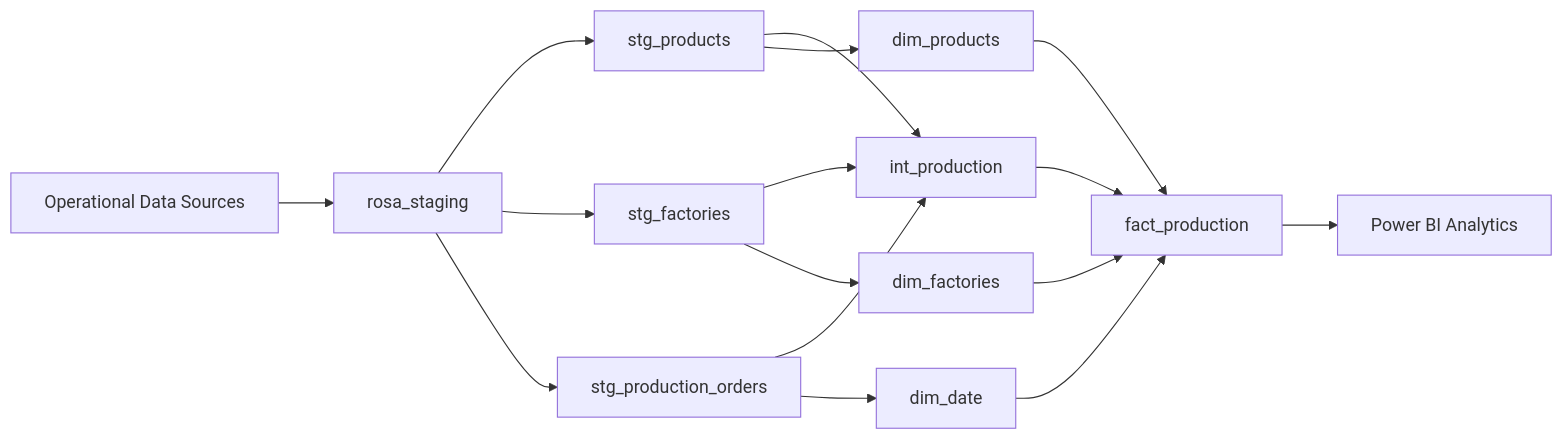
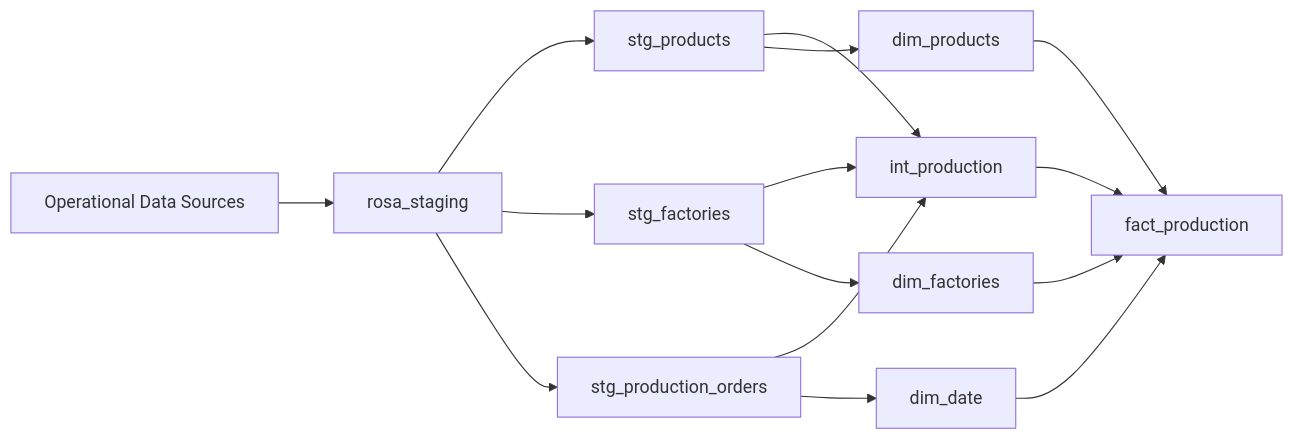
One commit to amelguennineche/rosa-beauty-industrial-data-platform changed the diagram in README.md. Above: the diagram before and after it, drawn with Mermaid. The commit also changed other lines of this file and 3 other files, not shown here.

````diff
--- a/README.md
+++ b/README.md
@@ -97,27 +96,26 @@
 ```mermaid
 flowchart LR
 
     A[Operational Data Sources]
 
     A --> B[rosa_staging]
 
     B --> C1[stg_products]
     B --> C2[stg_factories]
     B --> C3[stg_production_orders]
 
     C1 --> D[int_production]
     C2 --> D
     C3 --> D
 
     C1 --> F[dim_products]
     C2 --> G[dim_factories]
     C3 --> H[dim_date]
 
     D --> E[fact_production]
 
     F --> E
     G --> E
     H --> E
 
-    E --> I[Power BI Analytics]
 ```
````
